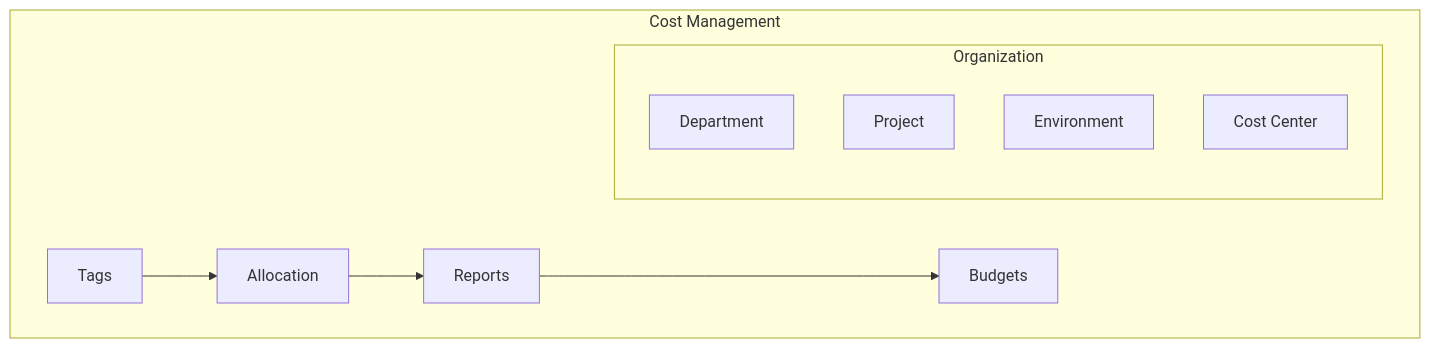
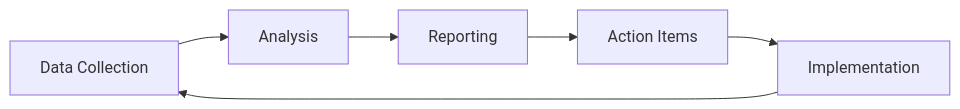
Before and after one commit to saravanakumarrc/Architecture_Journey: the third of 3 diagrams in src/Cost_Optimization_Strategies.md, drawn with Mermaid. The commit also changed other lines of this file and 2 other files, not shown here.

Commit message:
Add comprehensive documentation for Service Discovery Patterns, including core patterns, comparison matrix, architectural decision framework, health check patterns, integration strategies, and operational considerations.

````diff
--- a/src/Cost_Optimization_Strategies.md
+++ b/src/Cost_Optimization_Strategies.md
@@ -246,15 +86,8 @@
 ```mermaid
-graph TB
-    subgraph "Cost Management"
-        T[Tags] --> A[Allocation]
-        A --> R[Reports]
-        R --> B[Budgets]
-        
-        subgraph "Organization"
-            DEPT[Department]
-            PROJ[Project]
-            ENV[Environment]
-            COST[Cost Center]
-        end
-    end
+graph LR
+    A[Data Collection] --> B[Analysis]
+    B --> C[Reporting]
+    C --> D[Action Items]
+    D --> E[Implementation]
+    E --> A
 ```
````
